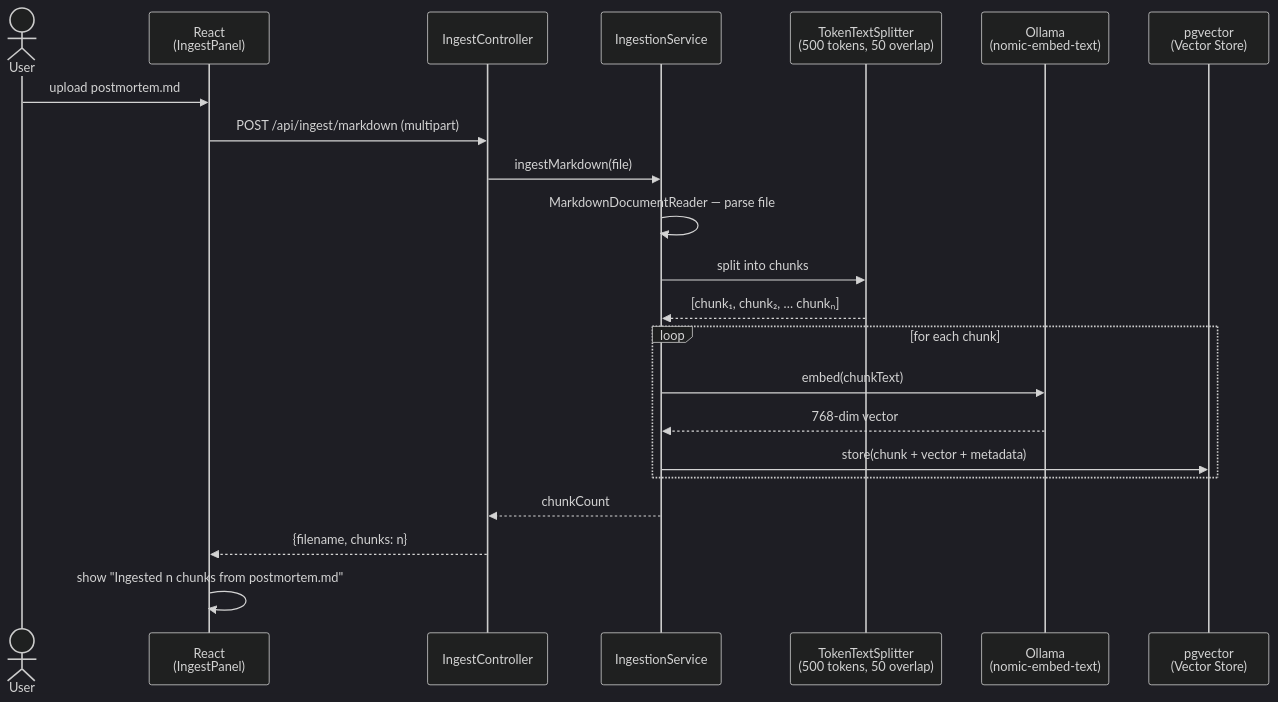
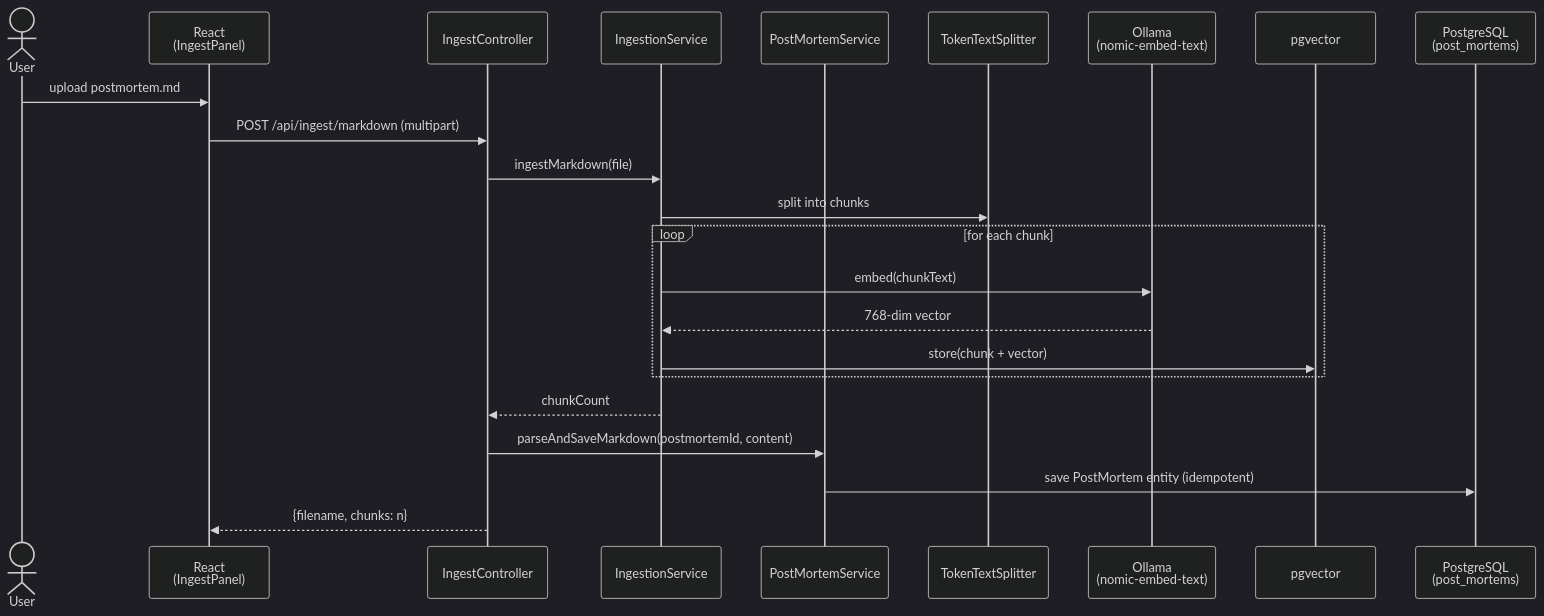
One commit to zakidevara/insight-ops changed the second of 3 diagrams in README.md. Above: the diagram before and after it, drawn with Mermaid (dark theme). The commit also changed other lines of this file, not shown here.

````diff
--- a/README.md
+++ b/README.md
@@ -235,27 +243,28 @@
 ```mermaid
 sequenceDiagram
     actor User
     participant UI as React<br/>(IngestPanel)
     participant IC as IngestController
     participant IS as IngestionService
-    participant SPLIT as TokenTextSplitter<br/>(500 tokens, 50 overlap)
+    participant PMS as PostMortemService
+    participant SPLIT as TokenTextSplitter
     participant EMB as Ollama<br/>(nomic-embed-text)
-    participant VEC as pgvector<br/>(Vector Store)
+    participant VEC as pgvector
+    participant DB as PostgreSQL<br/>(post_mortems)
 
     User->>UI: upload postmortem.md
     UI->>IC: POST /api/ingest/markdown (multipart)
     IC->>IS: ingestMarkdown(file)
-    IS->>IS: MarkdownDocumentReader — parse file
     IS->>SPLIT: split into chunks
-    SPLIT-->>IS: [chunk₁, chunk₂, … chunkₙ]
-
     loop for each chunk
         IS->>EMB: embed(chunkText)
         EMB-->>IS: 768-dim vector
-        IS->>VEC: store(chunk + vector + metadata)
+        IS->>VEC: store(chunk + vector)
     end
+    IS-->>IC: chunkCount
 
-    IS-->>IC: chunkCount
+    IC->>PMS: parseAndSaveMarkdown(postmortemId, content)
+    PMS->>DB: save PostMortem entity (idempotent)
+
     IC-->>UI: {filename, chunks: n}
-    UI->>UI: show "Ingested n chunks from postmortem.md"
 ```
````
